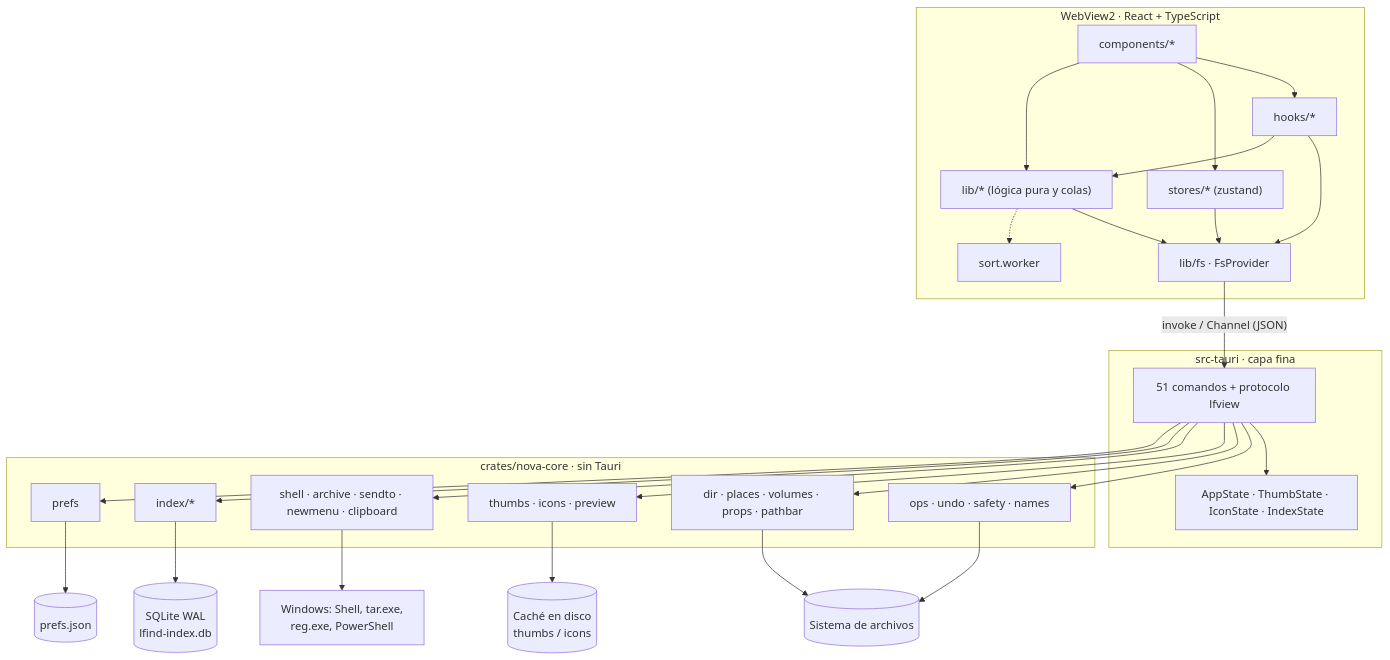
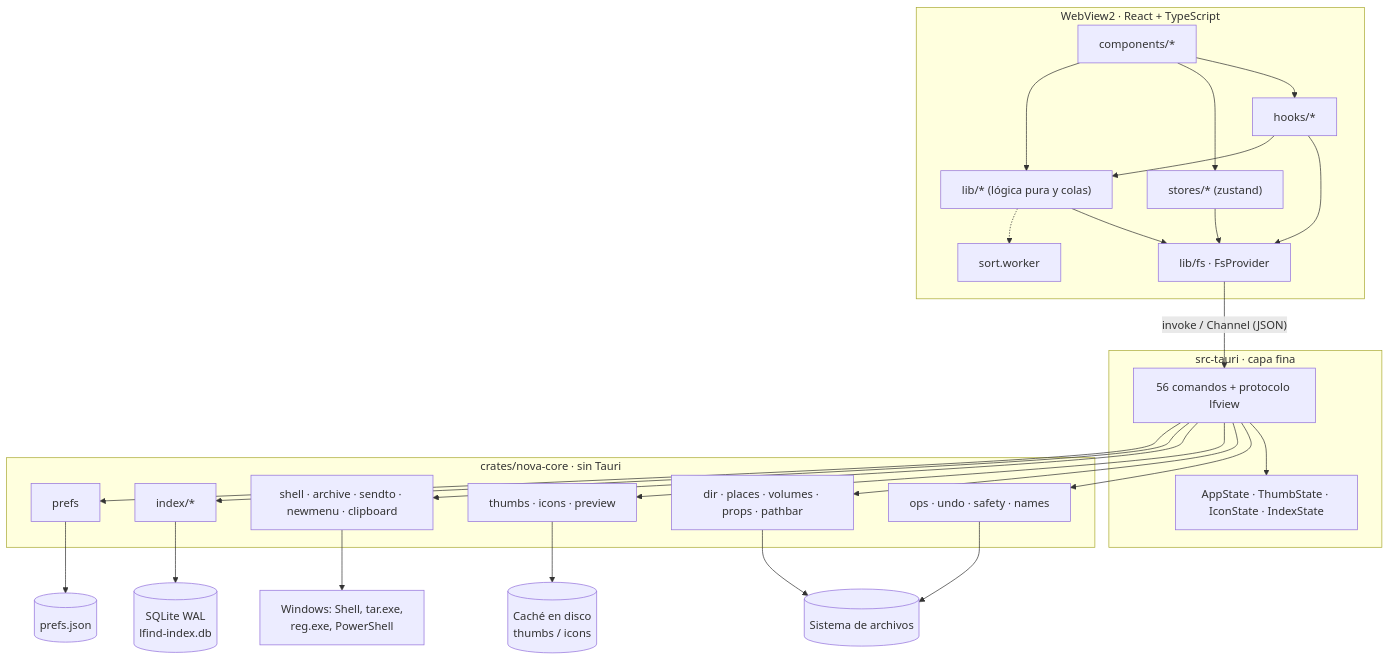
The first of 11 diagrams in PROJECT_ARCHITECTURE.md (Josueloncer/LFind), drawn with Mermaid before and after one commit. The commit also changed other lines of this file and 29 other files, not shown here.

````diff
--- a/PROJECT_ARCHITECTURE.md
+++ b/PROJECT_ARCHITECTURE.md
@@ -7,38 +7,38 @@
 ```mermaid
 flowchart TB
   subgraph WebView2["WebView2 · React + TypeScript"]
     UI["components/*"]
     H["hooks/*"]
     S["stores/* (zustand)"]
     L["lib/* (lógica pura y colas)"]
     W["sort.worker"]
     FS["lib/fs · FsProvider"]
     UI --> H --> FS
     UI --> S --> FS
     UI --> L
     H --> L
     L --> FS
     L -.-> W
   end
   subgraph Tauri["src-tauri · capa fina"]
-    CMD["51 comandos + protocolo lfview"]
+    CMD["56 comandos + protocolo lfview"]
     ST["AppState · ThumbState · IconState · IndexState"]
     CMD --> ST
   end
   subgraph Core["crates/nova-core · sin Tauri"]
     OPS["ops · undo · safety · names"]
     DIR["dir · places · volumes · props · pathbar"]
     MEDIA["thumbs · icons · preview"]
     SHELL["shell · archive · sendto · newmenu · clipboard"]
     IDX["index/*"]
     PREF["prefs"]
   end
   FS -- "invoke / Channel (JSON)" --> CMD
   CMD --> OPS & DIR & MEDIA & SHELL & IDX & PREF
   IDX --> DB[("SQLite WAL<br/>lfind-index.db")]
   MEDIA --> CACHE[("Caché en disco<br/>thumbs / icons")]
   PREF --> PJ[("prefs.json")]
   OPS --> DISK[("Sistema de archivos")]
   DIR --> DISK
   SHELL --> WIN["Windows: Shell, tar.exe,<br/>reg.exe, PowerShell"]
 ```
````
